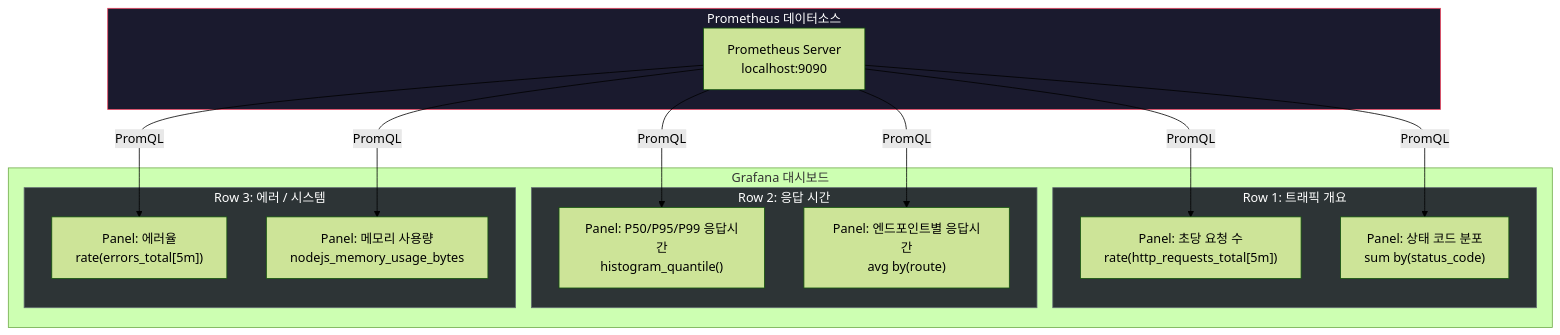
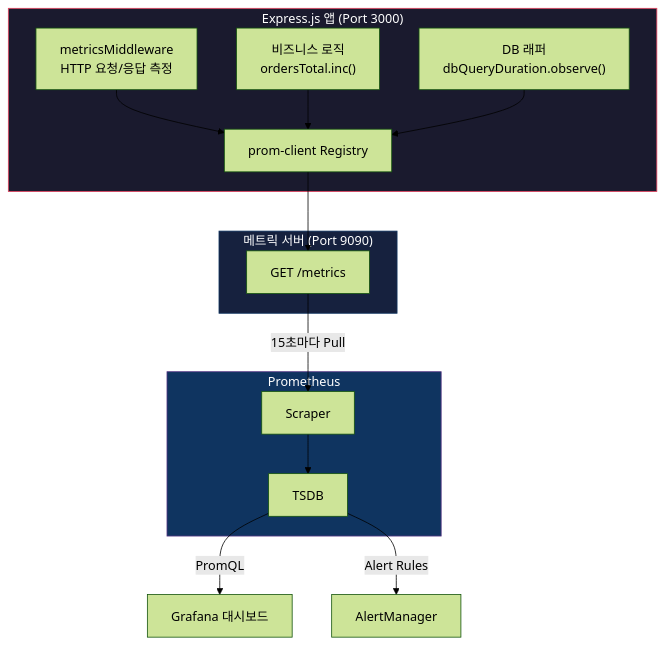
Before and after one commit to GYUTORY/YGSTUDY: the third of 4 diagrams in Develop/DevOps/Monitoring/Prometheus_메트릭_수집.md, drawn with Mermaid (forest theme). The commit also changed other lines of this file and 3 other files, not shown here.

````diff
--- a/Develop/DevOps/Monitoring/Prometheus_메트릭_수집.md
+++ b/Develop/DevOps/Monitoring/Prometheus_메트릭_수집.md
@@ -1974,35 +370,32 @@
 ```mermaid
 graph TB
-    subgraph DS["Prometheus 데이터소스"]
-        P[Prometheus Server<br/>localhost:9090]
+    subgraph APP["Express.js 앱 (Port 3000)"]
+        MW["metricsMiddleware<br/>HTTP 요청/응답 측정"]
+        BIZ["비즈니스 로직<br/>ordersTotal.inc()"]
+        DB["DB 래퍼<br/>dbQueryDuration.observe()"]
+        REG["prom-client Registry"]
+        MW --> REG
+        BIZ --> REG
+        DB --> REG
     end
 
-    subgraph GF["Grafana 대시보드"]
-        subgraph ROW1["Row 1: 트래픽 개요"]
-            P1["Panel: 초당 요청 수<br/>rate(http_requests_total[5m])"]
-            P2["Panel: 상태 코드 분포<br/>sum by(status_code)"]
-        end
-
-        subgraph ROW2["Row 2: 응답 시간"]
-            P3["Panel: P50/P95/P99 응답시간<br/>histogram_quantile()"]
-            P4["Panel: 엔드포인트별 응답시간<br/>avg by(route)"]
-        end
-
-        subgraph ROW3["Row 3: 에러 / 시스템"]
-            P5["Panel: 에러율<br/>rate(errors_total[5m])"]
-            P6["Panel: 메모리 사용량<br/>nodejs_memory_usage_bytes"]
-        end
+    subgraph METRICS["메트릭 서버 (Port 9090)"]
+        EP["GET /metrics"]
     end
 
-    P -- "PromQL" --> P1
-    P -- "PromQL" --> P2
-    P -- "PromQL" --> P3
-    P -- "PromQL" --> P4
-    P -- "PromQL" --> P5
-    P -- "PromQL" --> P6
+    REG --> EP
 
-    style DS fill:#1a1a2e,stroke:#e94560,color:#fff
-    style ROW1 fill:#2d3436,stroke:#636e72,color:#fff
-    style ROW2 fill:#2d3436,stroke:#636e72,color:#fff
-    style ROW3 fill:#2d3436,stroke:#636e72,color:#fff
+    subgraph PROM["Prometheus"]
+        SC["Scraper"]
+        TSDB["TSDB"]
+        SC --> TSDB
+    end
+
+    EP -- "15초마다 Pull" --> SC
+    TSDB -- "PromQL" --> GF["Grafana 대시보드"]
+    TSDB -- "Alert Rules" --> AM["AlertManager"]
+
+    style APP fill:#1a1a2e,stroke:#e94560,color:#fff
+    style METRICS fill:#16213e,stroke:#0f3460,color:#fff
+    style PROM fill:#0f3460,stroke:#533483,color:#fff
 ```
````
